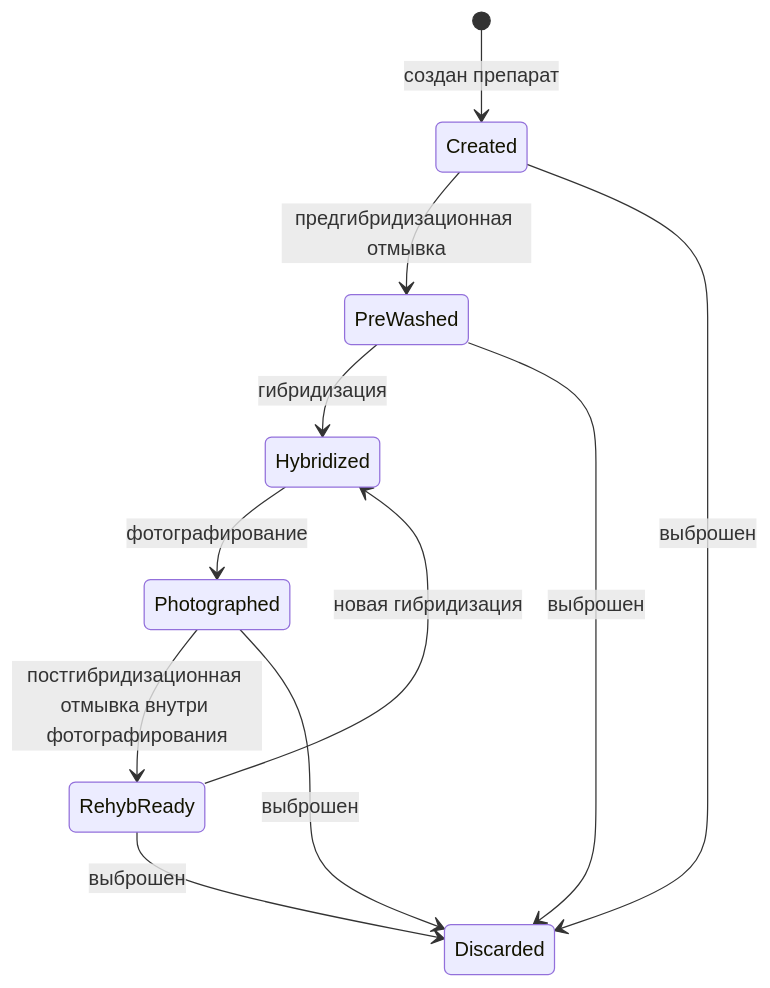
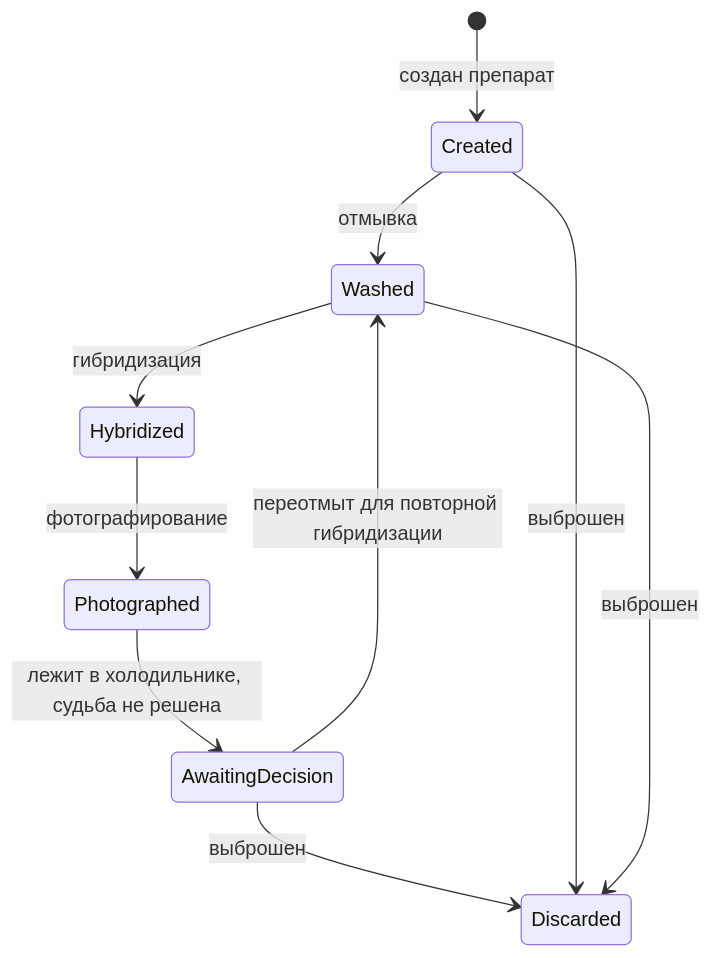
Before and after one commit to Sycheslav/karyolab: the third of 4 diagrams in docs/журнал/03_статусы_и_жизненные_циклы.md, drawn with Mermaid. The commit also changed other lines of this file and 174 other files, not shown here.

Commit message:
Remove unused canvas file, update graph scaling in configuration, and enhance documentation on karyotype and anomaly classifications. Introduce saved comparison feature for better data management and improve event handling in the workflow.

````diff
--- a/docs/журнал/03_статусы_и_жизненные_циклы.md
+++ b/docs/журнал/03_статусы_и_жизненные_циклы.md
@@ -54,13 +54,12 @@
 ```mermaid
 stateDiagram-v2
     [*] --> Created: создан препарат
-    Created --> PreWashed: предгибридизационная отмывка
-    PreWashed --> Hybridized: гибридизация
+    Created --> Washed: отмывка
+    Washed --> Hybridized: гибридизация
     Hybridized --> Photographed: фотографирование
-    Photographed --> RehybReady: постгибридизационная отмывка внутри фотографирования
-    RehybReady --> Hybridized: новая гибридизация
-    Photographed --> Discarded: выброшен
+    Photographed --> AwaitingDecision: лежит в холодильнике, судьба не решена
+    AwaitingDecision --> Washed: переотмыт для повторной гибридизации
+    AwaitingDecision --> Discarded: выброшен
     Created --> Discarded: выброшен
-    PreWashed --> Discarded: выброшен
-    RehybReady --> Discarded: выброшен
+    Washed --> Discarded: выброшен
 ```
````
